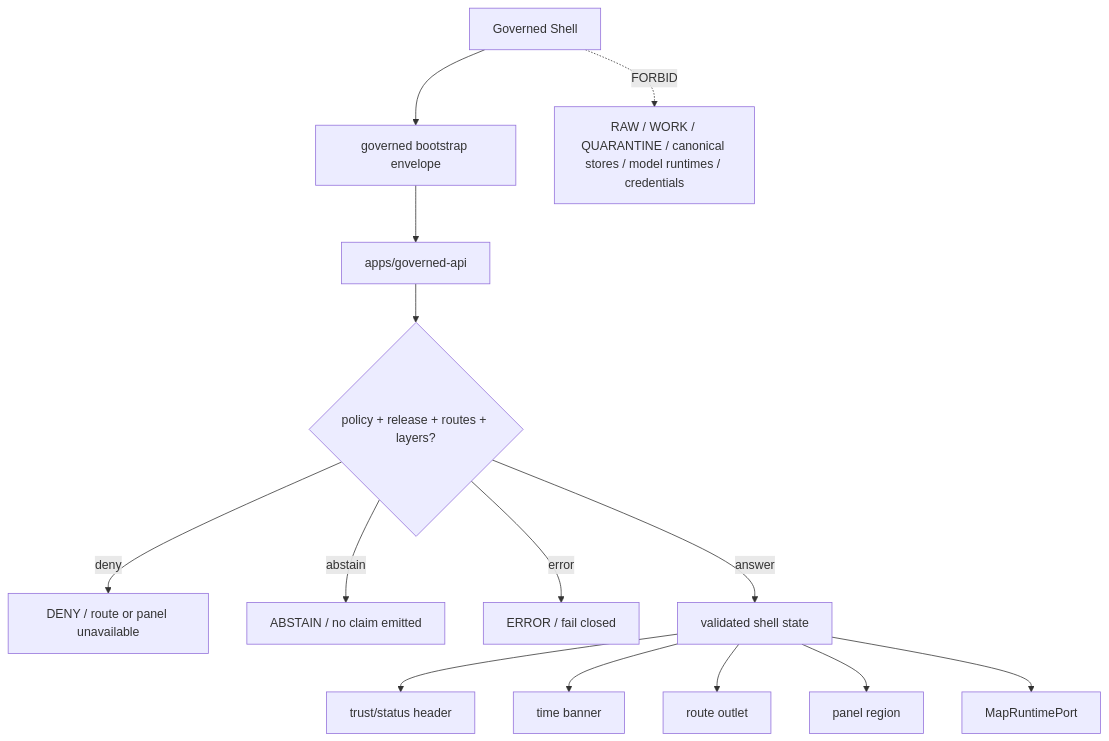
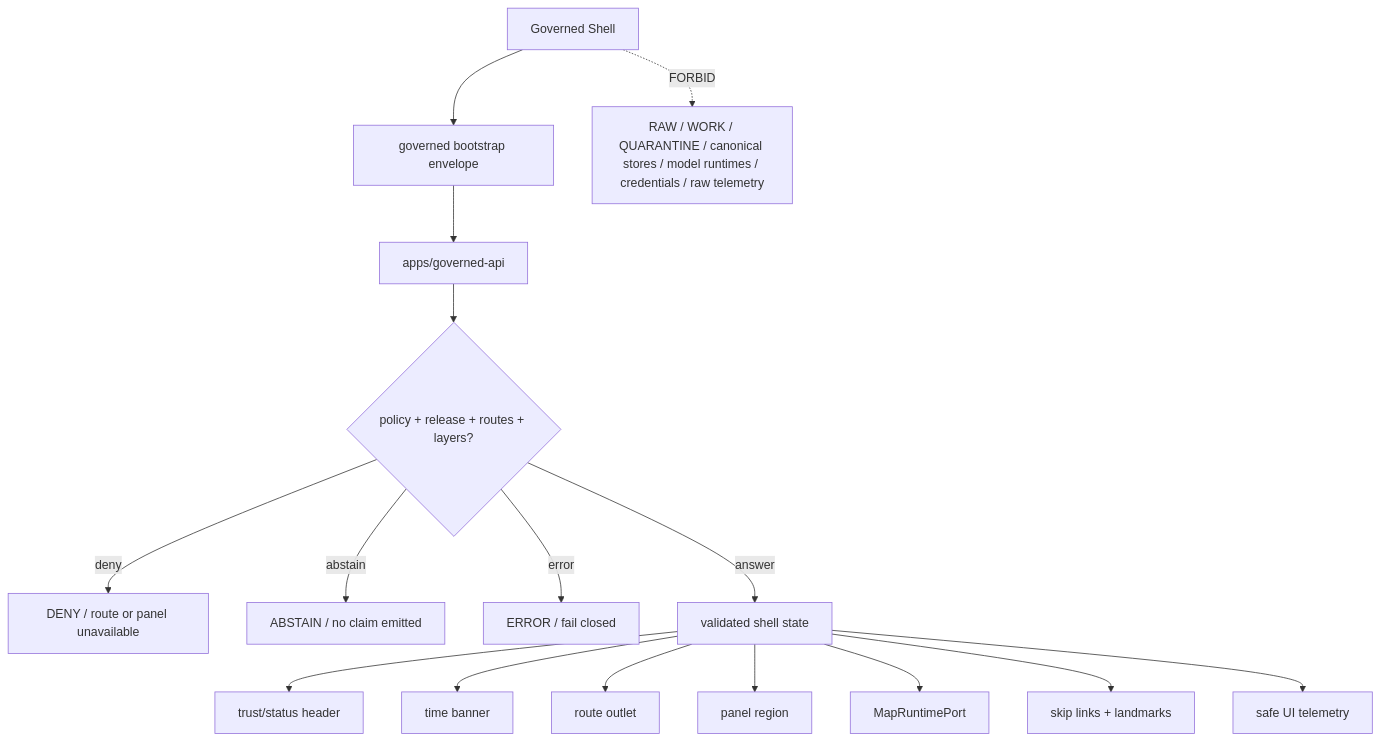
Before and after one commit to bartytime4life/Kansas-Frontier-Matrix: the diagram in apps/explorer-web/src/features/shell/README.md, drawn with Mermaid. The commit also changed other lines of this file, not shown here.

Commit message:
docs: update explorer shell readme

````diff
--- a/apps/explorer-web/src/features/shell/README.md
+++ b/apps/explorer-web/src/features/shell/README.md
@@ -220,16 +283,18 @@
 ```mermaid
 flowchart TD
     shell["Governed Shell"] --> bootstrap["governed bootstrap envelope"]
     bootstrap --> api["apps/governed-api"]
     api --> policy{"policy + release + routes + layers?"}
     policy -->|deny| deny["DENY / route or panel unavailable"]
     policy -->|abstain| abstain["ABSTAIN / no claim emitted"]
     policy -->|error| error["ERROR / fail closed"]
     policy -->|answer| state["validated shell state"]
     state --> header["trust/status header"]
     state --> time["time banner"]
     state --> route["route outlet"]
     state --> panels["panel region"]
     state --> map["MapRuntimePort"]
-    shell -. FORBID .-> raw["RAW / WORK / QUARANTINE / canonical stores / model runtimes / credentials"]
+    state --> a11y["skip links + landmarks"]
+    state --> telemetry["safe UI telemetry"]
+    shell -. FORBID .-> raw["RAW / WORK / QUARANTINE / canonical stores / model runtimes / credentials / raw telemetry"]
 ```
````
